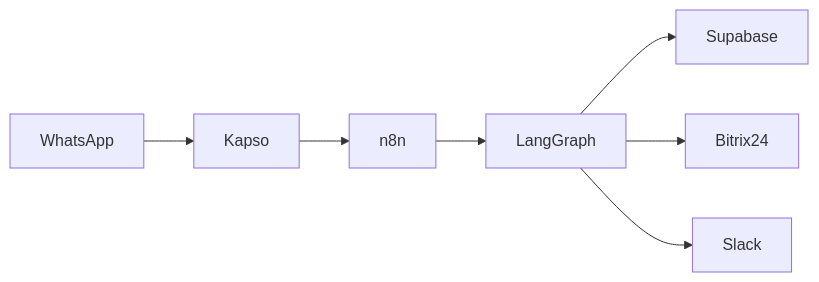
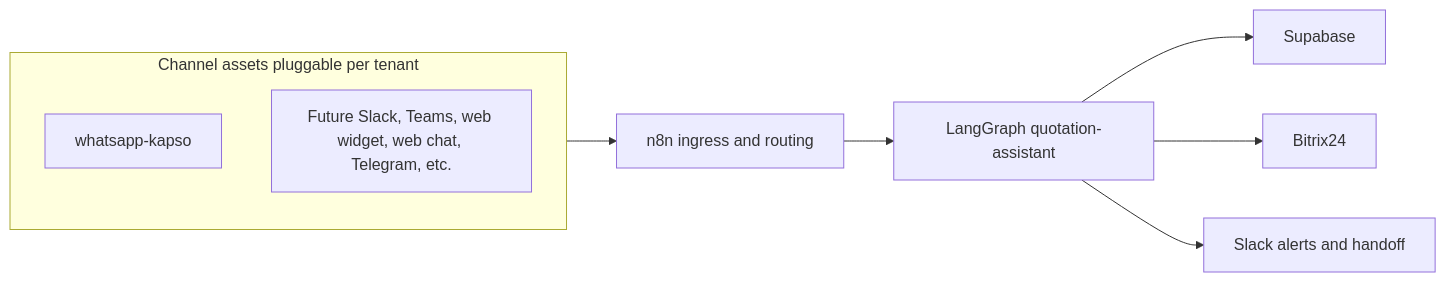
One commit to levinnovation/agentyx-n8n changed the diagram in tenants/euromobilia/domains/kitchen-commerce/capabilities/kitchen-quotation/docs/architecture.md. Above: the diagram before and after it, drawn with Mermaid. The commit also changed other lines of this file and 39 other files, not shown here.

````diff
--- a/tenants/euromobilia/domains/kitchen-commerce/capabilities/kitchen-quotation/docs/architecture.md
+++ b/tenants/euromobilia/domains/kitchen-commerce/capabilities/kitchen-quotation/docs/architecture.md
@@ -7,6 +9,12 @@
 ```mermaid
 flowchart LR
-    WhatsApp --> Kapso --> n8n --> LangGraph --> Supabase
-    LangGraph --> Bitrix24
-    LangGraph --> Slack
+    subgraph channels [Channel assets pluggable per tenant]
+        WA[whatsapp-kapso]
+        Future[Future Slack, Teams, web widget, web chat, Telegram, etc.]
+    end
+    channels --> Ingress[n8n ingress and routing]
+    Ingress --> LangGraph[LangGraph quotation-assistant]
+    LangGraph --> Supabase[Supabase]
+    LangGraph --> Bitrix24[Bitrix24]
+    LangGraph --> SlackOps[Slack alerts and handoff]
 ```
````
